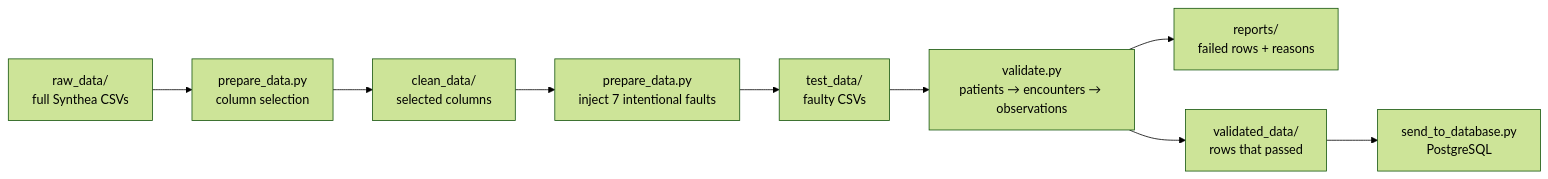
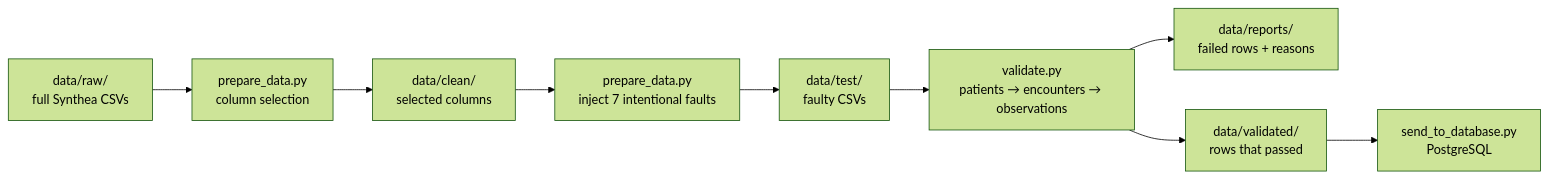
The first of 3 diagrams in README.md (dropoftherain/Clinical-Data-Validation-Pipeline), drawn with Mermaid (forest theme) before and after one commit. The commit also changed other lines of this file and 8 other files, not shown here.

````diff
--- a/README.md
+++ b/README.md
@@ -11,11 +11,11 @@
 ```mermaid
 flowchart LR
-    A["raw_data/<br/>full Synthea CSVs"] --> B["prepare_data.py<br/>column selection"]
-    B --> C["clean_data/<br/>selected columns"]
+    A["data/raw/<br/>full Synthea CSVs"] --> B["prepare_data.py<br/>column selection"]
+    B --> C["data/clean/<br/>selected columns"]
     C --> D["prepare_data.py<br/>inject 7 intentional faults"]
-    D --> E["test_data/<br/>faulty CSVs"]
+    D --> E["data/test/<br/>faulty CSVs"]
     E --> F["validate.py<br/>patients → encounters → observations"]
-    F --> G["reports/<br/>failed rows + reasons"]
-    F --> H["validated_data/<br/>rows that passed"]
+    F --> G["data/reports/<br/>failed rows + reasons"]
+    F --> H["data/validated/<br/>rows that passed"]
     H --> I["send_to_database.py<br/>PostgreSQL"]
 ```
````
